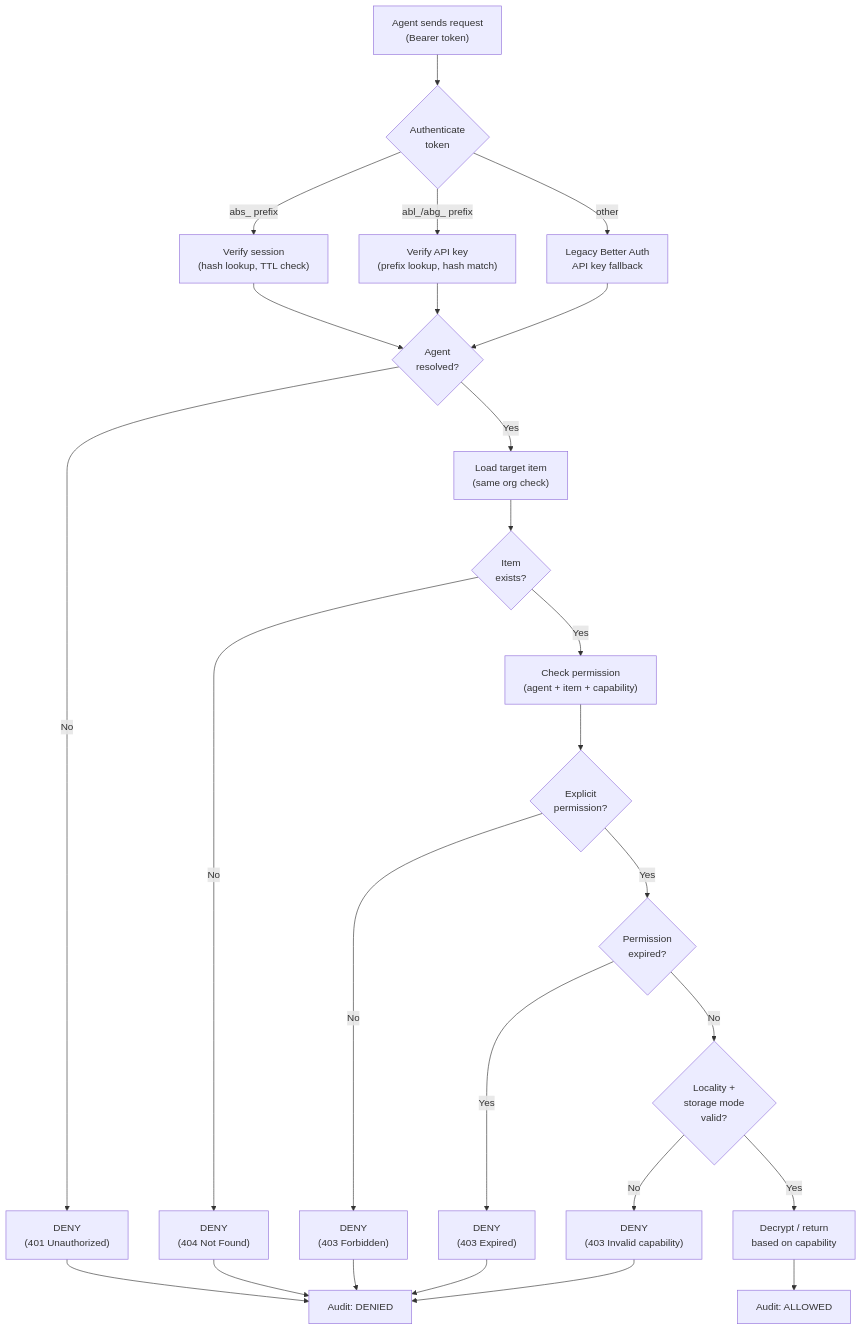
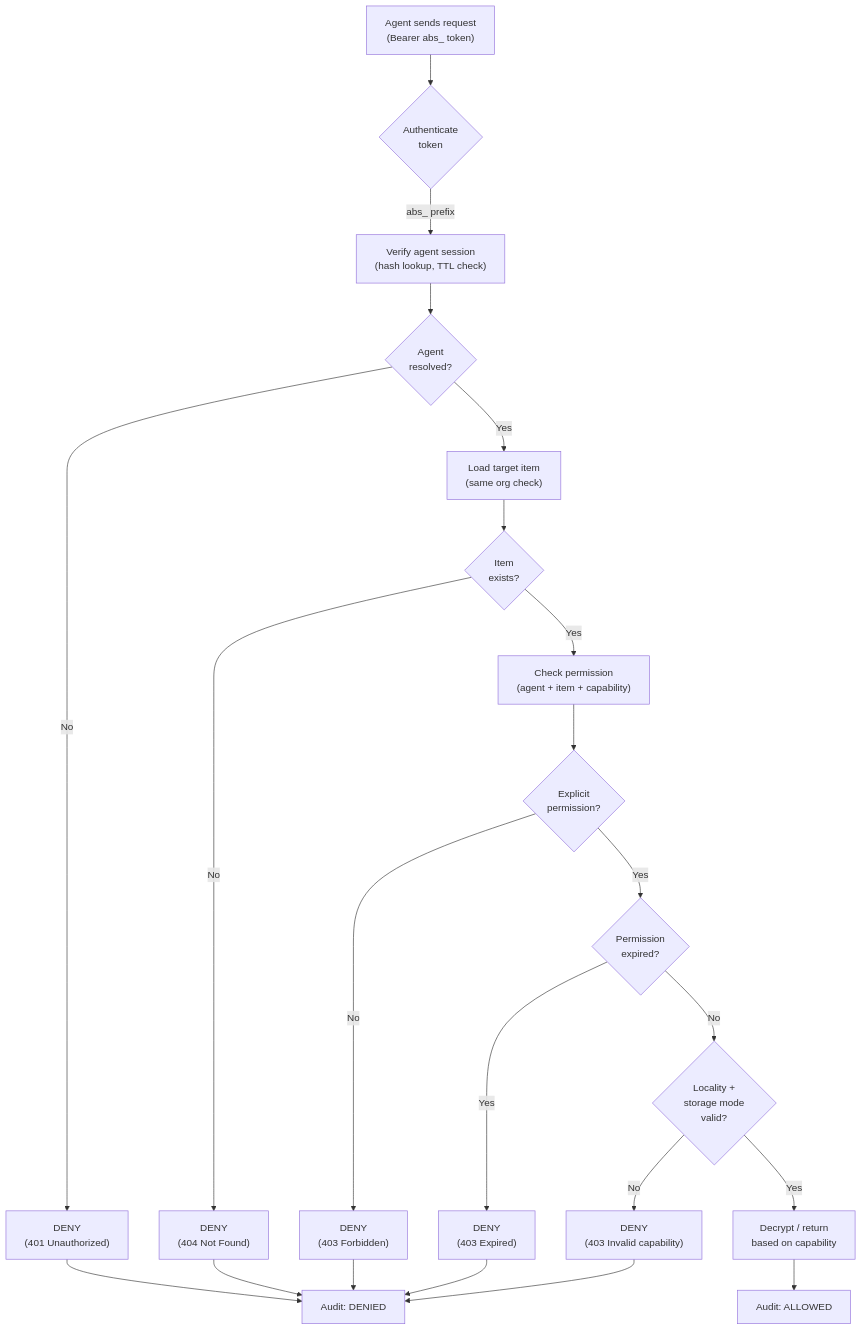
Diagram 12 of 15 in apps/docs/workflows/flows.mdx (punitarani/abadge), drawn with Mermaid before and after one commit. The commit also changed other lines of this file and 100 other files, not shown here.

First line of the commit message:
Personal API keys (abu_) + remove legacy agent API keys (#181)

````diff
--- a/apps/docs/workflows/flows.mdx
+++ b/apps/docs/workflows/flows.mdx
@@ -246,35 +246,31 @@
 ```mermaid
 flowchart TD
-  Start["Agent sends request<br/>(Bearer token)"] --> AuthCheck{"Authenticate<br/>token"}
-  AuthCheck -->|"abs_ prefix"| SessionAuth["Verify session<br/>(hash lookup, TTL check)"]
-  AuthCheck -->|"abl_/abg_ prefix"| KeyAuth["Verify API key<br/>(prefix lookup, hash match)"]
-  AuthCheck -->|"other"| LegacyAuth["Legacy Better Auth<br/>API key fallback"]
+  Start["Agent sends request<br/>(Bearer abs_ token)"] --> AuthCheck{"Authenticate<br/>token"}
+  AuthCheck -->|"abs_ prefix"| SessionAuth["Verify agent session<br/>(hash lookup, TTL check)"]
 
   SessionAuth --> Resolved{"Agent<br/>resolved?"}
-  KeyAuth --> Resolved
-  LegacyAuth --> Resolved
 
   Resolved -->|No| Deny1["DENY<br/>(401 Unauthorized)"]
   Resolved -->|Yes| LoadItem["Load target item<br/>(same org check)"]
 
   LoadItem --> ItemExists{"Item<br/>exists?"}
   ItemExists -->|No| Deny2["DENY<br/>(404 Not Found)"]
   ItemExists -->|Yes| PermCheck["Check permission<br/>(agent + item + capability)"]
 
   PermCheck --> HasPerm{"Explicit<br/>permission?"}
   HasPerm -->|No| Deny3["DENY<br/>(403 Forbidden)"]
   HasPerm -->|Yes| Expired{"Permission<br/>expired?"}
 
   Expired -->|Yes| Deny4["DENY<br/>(403 Expired)"]
   Expired -->|No| LocalityCheck{"Locality +<br/>storage mode<br/>valid?"}
 
   LocalityCheck -->|No| Deny5["DENY<br/>(403 Invalid capability)"]
   LocalityCheck -->|Yes| Decrypt["Decrypt / return<br/>based on capability"]
 
   Decrypt --> AuditAllow["Audit: ALLOWED"]
   Deny1 --> AuditDeny["Audit: DENIED"]
   Deny2 --> AuditDeny
   Deny3 --> AuditDeny
   Deny4 --> AuditDeny
   Deny5 --> AuditDeny
 ```
````
